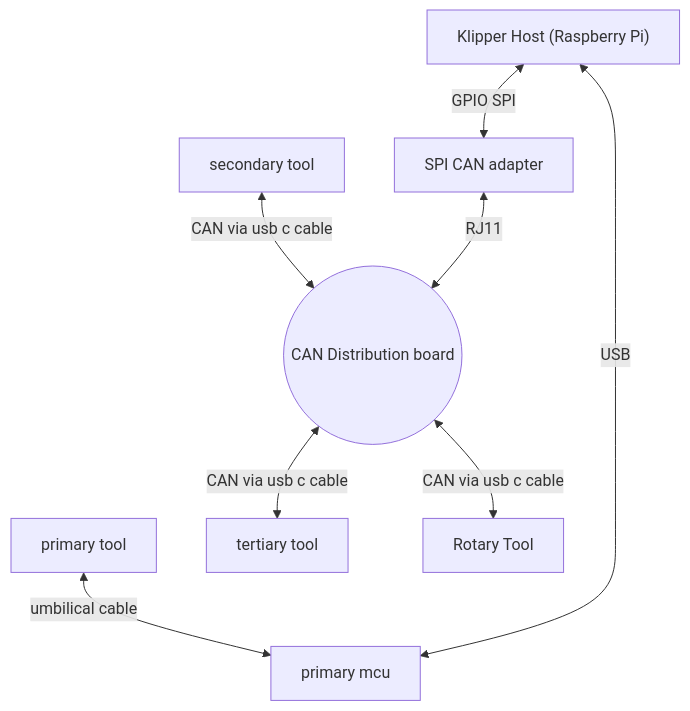
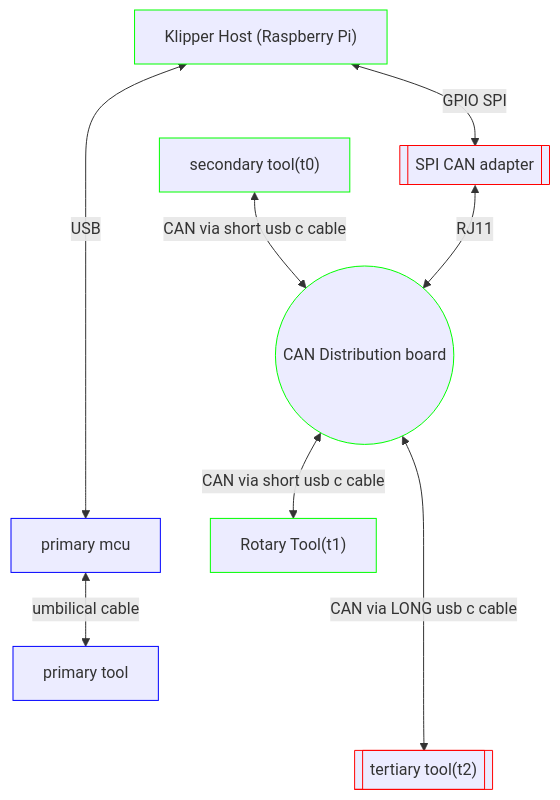
One commit to willpuckett/kb_can changed the first of 9 diagrams in can.md. Above: the diagram before and after it, drawn with Mermaid. The commit also changed other lines of this file and 1 other file, not shown here.

````diff
--- a/can.md
+++ b/can.md
@@ -112,17 +119,22 @@
 ```mermaid
 graph TD;
-    sbc["Klipper Host (Raspberry Pi)"]
-    spi[SPI CAN adapter]
-    db((CAN Distribution board))
-    t0[primary tool]
-    t1[secondary tool]
-    t2[tertiary tool]
-    primary[primary mcu]
-    rotary[Rotary Tool]
+    classDef term stroke:#f00
+    classDef can stroke:#0f0
+    classDef nc stroke:#00f
 
-    t1 <--CAN via usb c cable--> db
+    sbc["Klipper Host (Raspberry Pi)"]:::can
+    spi[[SPI CAN adapter]]:::term
+    db((CAN Distribution board)):::can
+    t0[primary tool]:::nc
+    t1["secondary tool(t0)"]:::can
+    t2[["tertiary tool(t2)"]]:::term
+    primary[primary mcu]:::nc
+    rotary["Rotary Tool(t1)"]:::can
+
+    t1 <--CAN via short usb c cable--> db
     sbc <--GPIO SPI--> spi <--RJ11 --> db
-    db <--CAN via usb c cable-->  t2  & rotary
-    t0 <-- umbilical cable--> primary
-    sbc <--USB-----> primary
+    db <--CAN via short usb c cable--> rotary
+    db <--CAN via LONG usb c cable----> t2
+    sbc <--USB----> primary
+    primary <-- umbilical cable--> t0
 ```
````
